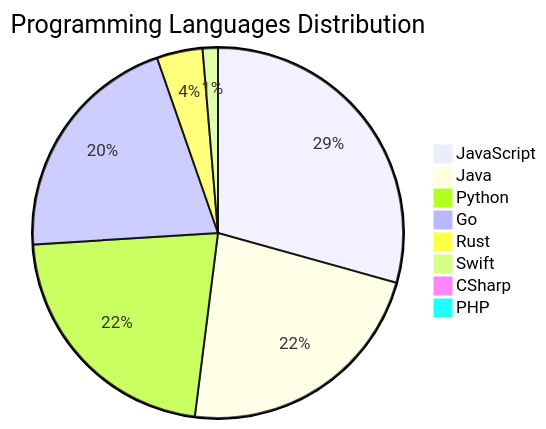
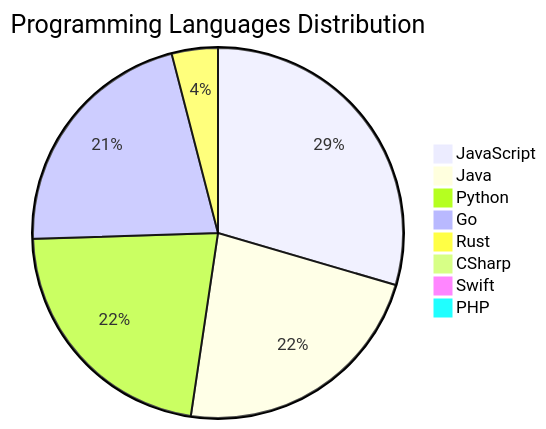
The diagram in README.md (Derrick-MUGISHA/github-activity-bot), drawn with Mermaid before and after one commit. The commit also changed other lines of this file and 4 other files, not shown here.

````diff
--- a/README.md
+++ b/README.md
@@ -208,11 +208,11 @@
 ```mermaid
 pie title Programming Languages Distribution
     "JavaScript" : 44
     "Java" : 34
     "Python" : 33
-    "Go" : 31
+    "Go" : 32
     "Rust" : 6
-    "Swift" : 2
     "CSharp" : 1
+    "Swift" : 1
     "PHP" : 1
 ```
````
